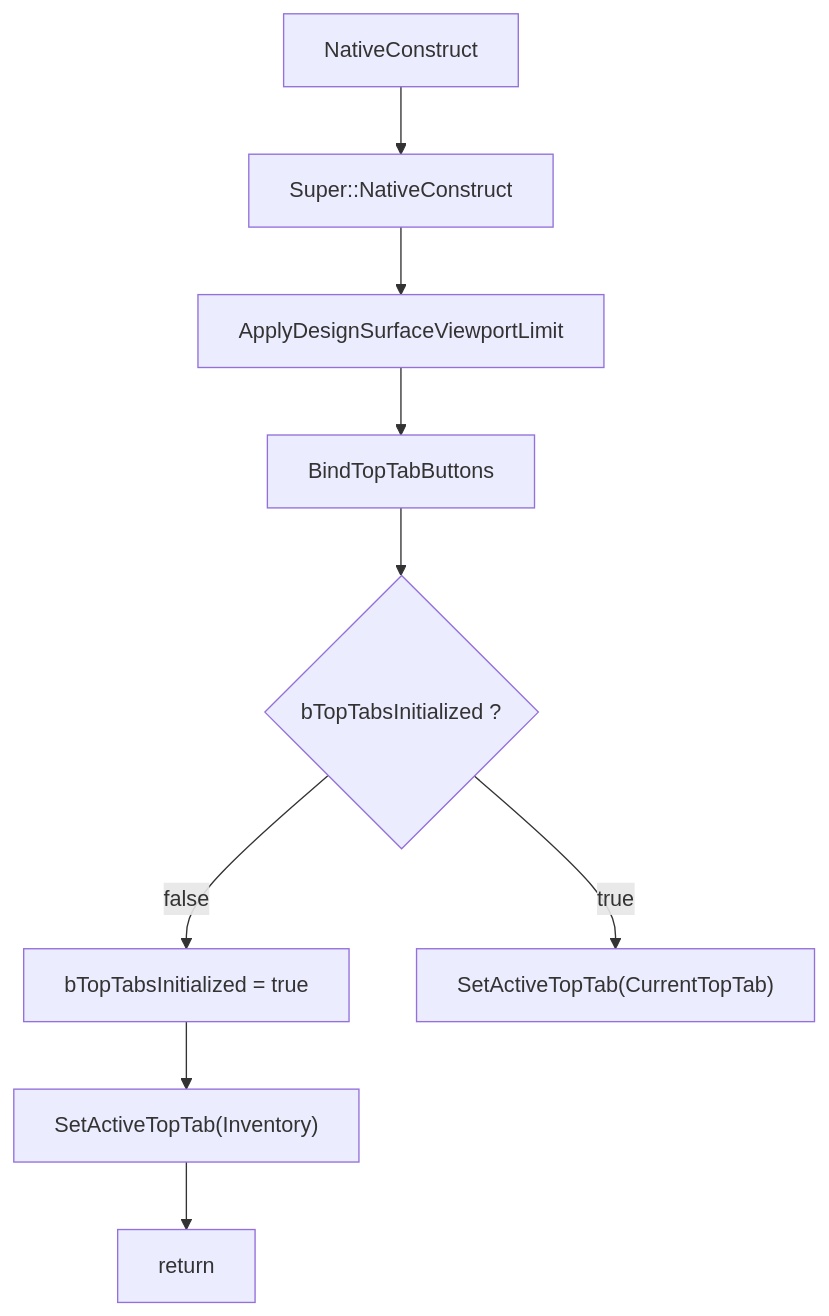
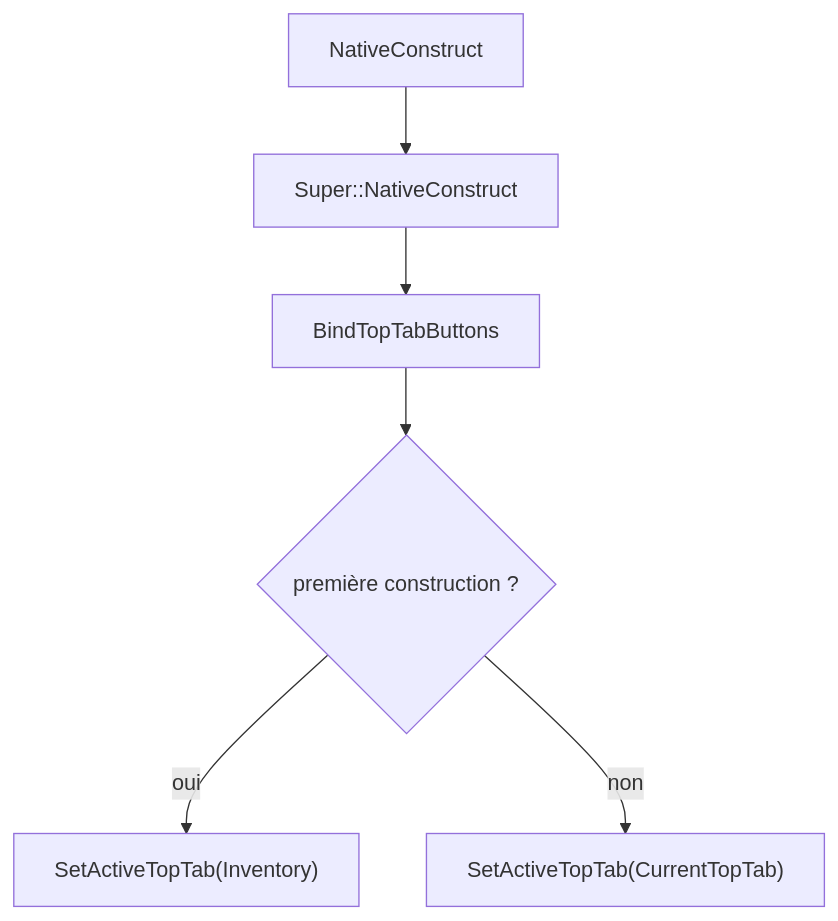
One commit to PhilippeMartin1964/GrimrockPrototype changed the second of 4 diagrams in docs/Design/UI_GRIMROCK_MENU_CURRENT.md. Above: the diagram before and after it, drawn with Mermaid. The commit also changed other lines of this file and 6 other files, not shown here.

````diff
--- a/docs/Design/UI_GRIMROCK_MENU_CURRENT.md
+++ b/docs/Design/UI_GRIMROCK_MENU_CURRENT.md
@@ -270,11 +257,8 @@
 ```mermaid
 flowchart TD
     A["NativeConstruct"] --> B["Super::NativeConstruct"]
-    B --> C["ApplyDesignSurfaceViewportLimit"]
-    C --> D["BindTopTabButtons"]
-    D --> E{"bTopTabsInitialized ?"}
-    E -->|false| F["bTopTabsInitialized = true"]
-    F --> G["SetActiveTopTab(Inventory)"]
-    G --> H["return"]
-    E -->|true| I["SetActiveTopTab(CurrentTopTab)"]
+    B --> C["BindTopTabButtons"]
+    C --> D{"première construction ?"}
+    D -->|oui| E["SetActiveTopTab(Inventory)"]
+    D -->|non| F["SetActiveTopTab(CurrentTopTab)"]
 ```
````
